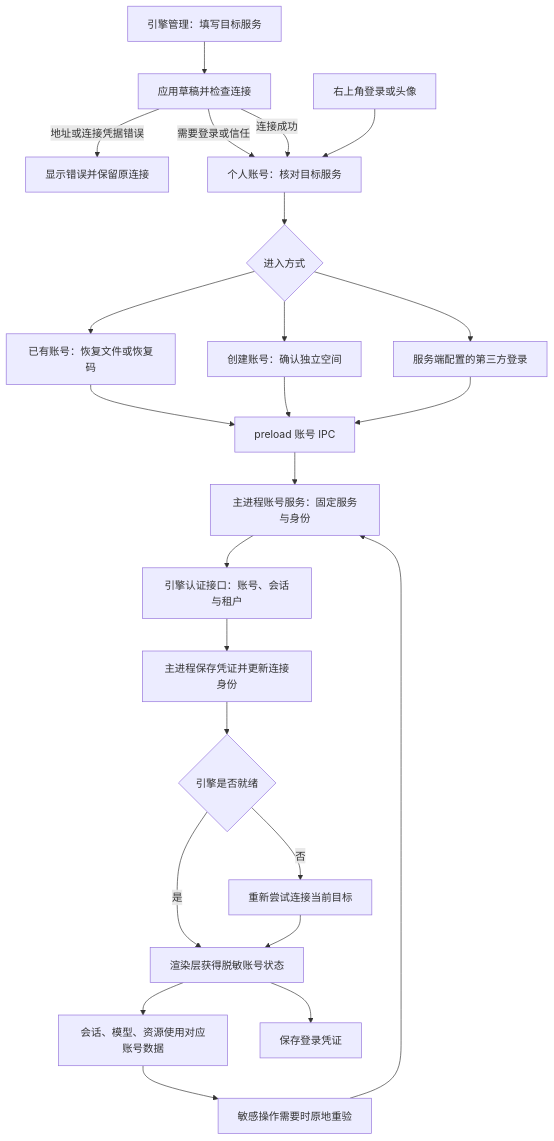
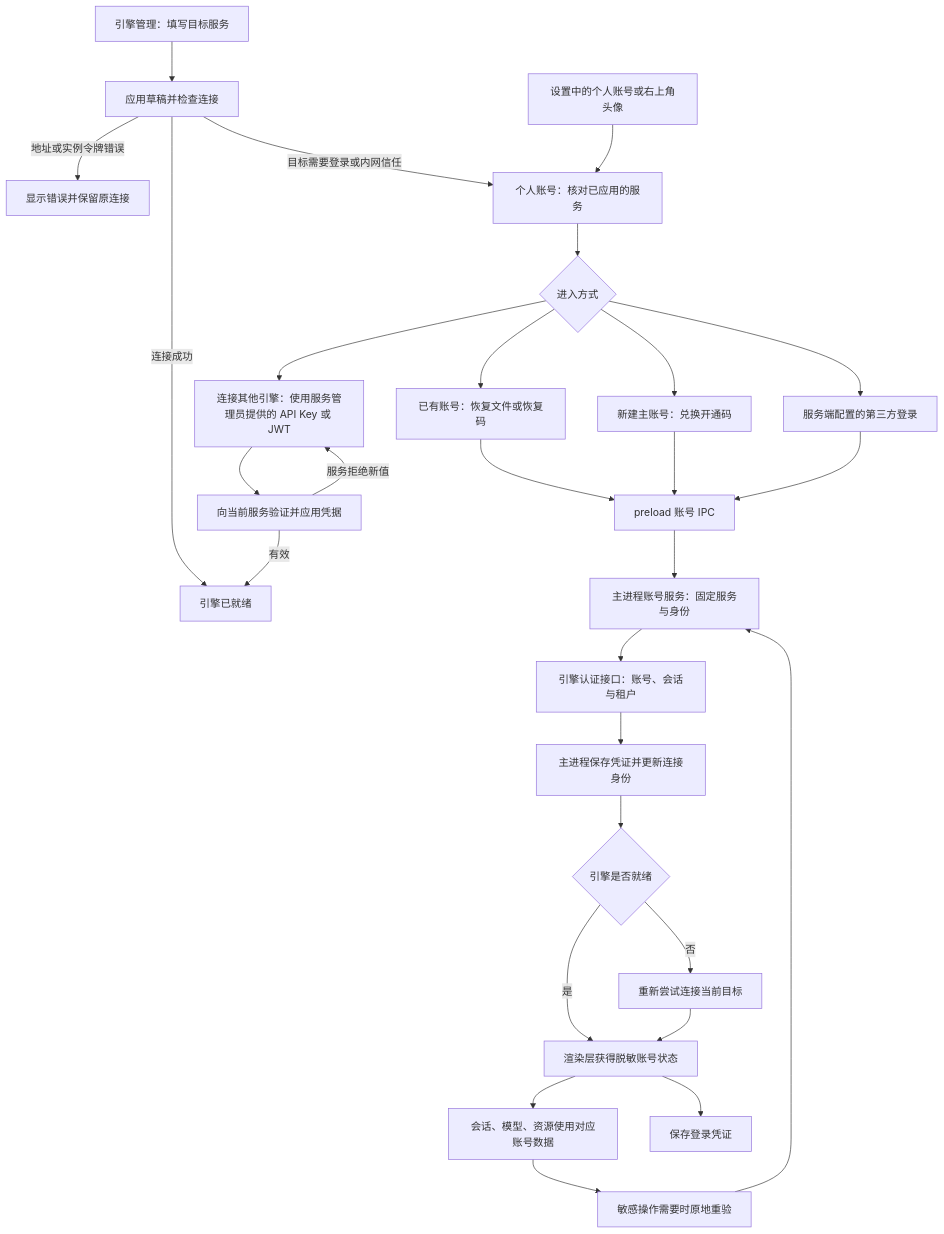
The diagram in docs/accounts-and-login.md (HJ-uncle/aether-code), drawn with Mermaid before and after one commit. The commit also changed other lines of this file and 116 other files, not shown here.

````diff
--- a/docs/accounts-and-login.md
+++ b/docs/accounts-and-login.md
@@ -71,26 +94,30 @@
 ```mermaid
 flowchart TD
     S[引擎管理：填写目标服务] --> T[应用草稿并检查连接]
-    T -->|地址或连接凭据错误| U[显示错误并保留原连接]
-    T -->|需要登录或信任| B[个人账号：核对目标服务]
-    T -->|连接成功| B
-    A[右上角登录或头像] --> B
+    T -->|地址或实例令牌错误| U[显示错误并保留原连接]
+    T -->|目标需要登录或内网信任| B[个人账号：核对已应用的服务]
+    T -->|连接成功| OK[引擎已就绪]
+    A[设置中的个人账号或右上角头像] --> B
     B --> C{进入方式}
     C --> D[已有账号：恢复文件或恢复码]
-    C --> E[创建账号：确认独立空间]
+    C --> E[新建主账号：兑换开通码]
     C --> F[服务端配置的第三方登录]
+    C --> X[连接其他引擎：使用服务管理员提供的 API Key 或 JWT]
+    X --> Y[向当前服务验证并应用凭据]
+    Y -->|有效| OK
+    Y -->|服务拒绝新值| X
     D --> G[preload 账号 IPC]
     E --> G
     F --> G
     G --> H[主进程账号服务：固定服务与身份]
     H --> I[引擎认证接口：账号、会话与租户]
     I --> J[主进程保存凭证并更新连接身份]
     J --> R{引擎是否就绪}
     R -->|否| Q[重新尝试连接当前目标]
     R -->|是| K[渲染层获得脱敏账号状态]
     Q --> K
     K --> L[会话、模型、资源使用对应账号数据]
     K --> M[保存登录凭证]
     L --> N[敏感操作需要时原地重验]
     N --> H
 ```
````
